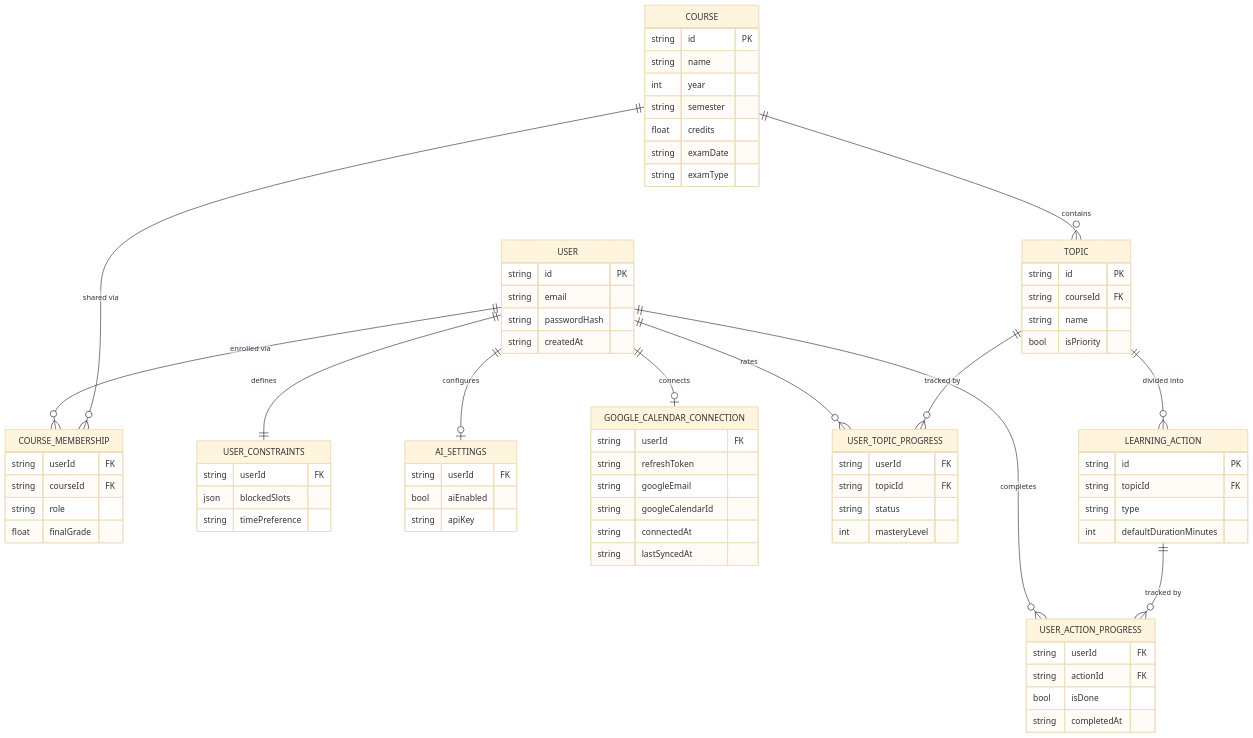
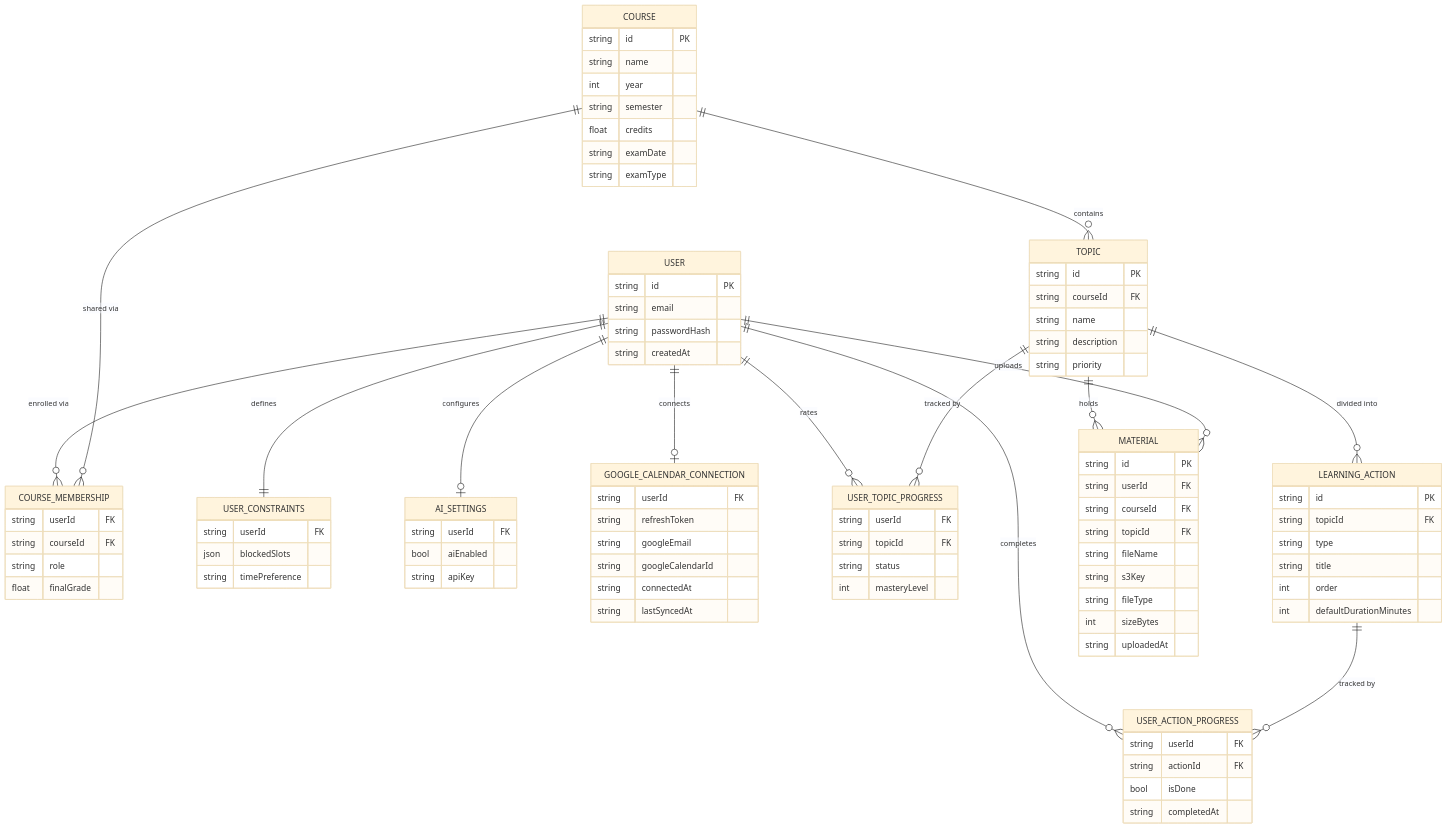
Before and after one commit to barbh1913/LearnSprint-: the diagram in docs/erd.md, drawn with Mermaid (base theme). The commit also changed other lines of this file and 3 other files, not shown here.

Commit message:
Spec: the Topic is the task - subtasks, priority levels, materials, topic events (FR2.2, FR2.3, FR2.6, FR2.9, FR6.1)

```diff
--- a/docs/erd.md
+++ b/docs/erd.md
@@ -18,6 +18,8 @@
     COURSE ||--o{ COURSE_MEMBERSHIP : "shared via"
     COURSE ||--o{ TOPIC : "contains"
     TOPIC ||--o{ LEARNING_ACTION : "divided into"
+    TOPIC ||--o{ MATERIAL : "holds"
+    USER ||--o{ MATERIAL : "uploads"
     TOPIC ||--o{ USER_TOPIC_PROGRESS : "tracked by"
     LEARNING_ACTION ||--o{ USER_ACTION_PROGRESS : "tracked by"
 
@@ -46,13 +48,27 @@
         string id PK
         string courseId FK
         string name
-        bool isPriority
+        string description
+        string priority
     }
     LEARNING_ACTION {
         string id PK
         string topicId FK
         string type
+        string title
+        int order
         int defaultDurationMinutes
+    }
+    MATERIAL {
+        string id PK
+        string userId FK
+        string courseId FK
+        string topicId FK
+        string fileName
+        string s3Key
+        string fileType
+        int sizeBytes
+        string uploadedAt
     }
     USER_TOPIC_PROGRESS {
         string userId FK
```
